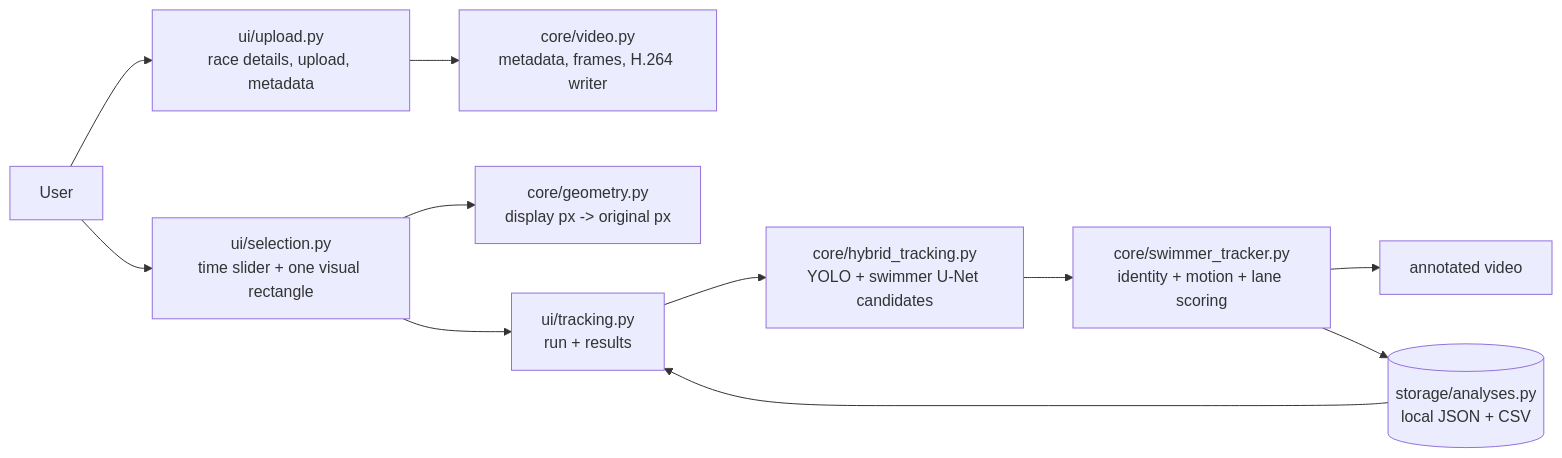
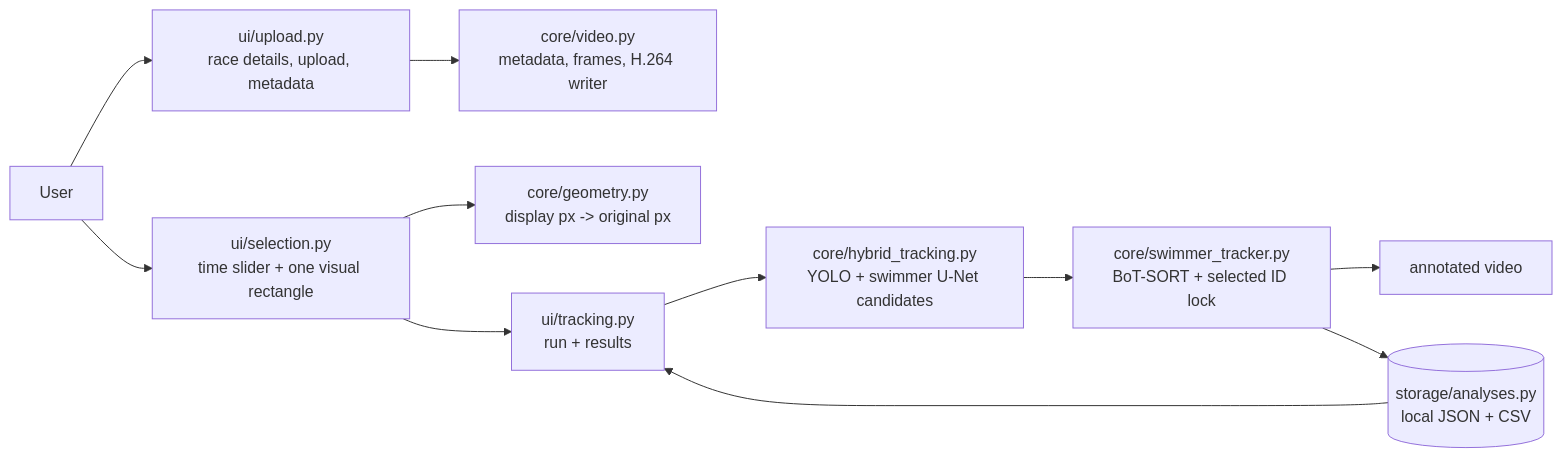
The diagram in README.md (samyar2012/SWIMVISION), drawn with Mermaid before and after one commit. The commit also changed other lines of this file and 6 other files, not shown here.

Commit message:
Replace custom swimmer matching with BoT-SORT

````diff
--- a/README.md
+++ b/README.md
@@ -38,13 +38,13 @@
 ```mermaid
 flowchart LR
     U[User] --> UP[ui/upload.py<br/>race details, upload, metadata]
     UP --> V[core/video.py<br/>metadata, frames, H.264 writer]
     U --> SEL[ui/selection.py<br/>time slider + one visual rectangle]
     SEL --> G[core/geometry.py<br/>display px -> original px]
     SEL --> TR[ui/tracking.py<br/>run + results]
     TR --> H[core/hybrid_tracking.py<br/>YOLO + swimmer U-Net candidates]
-    H --> P[core/swimmer_tracker.py<br/>identity + motion + lane scoring]
+    H --> P[core/swimmer_tracker.py<br/>BoT-SORT + selected ID lock]
     P --> O[annotated video]
     P --> ST[(storage/analyses.py<br/>local JSON + CSV)]
     ST --> TR
 ```
````
